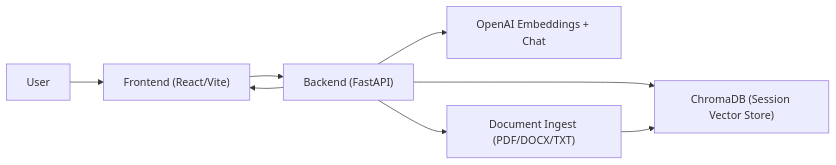
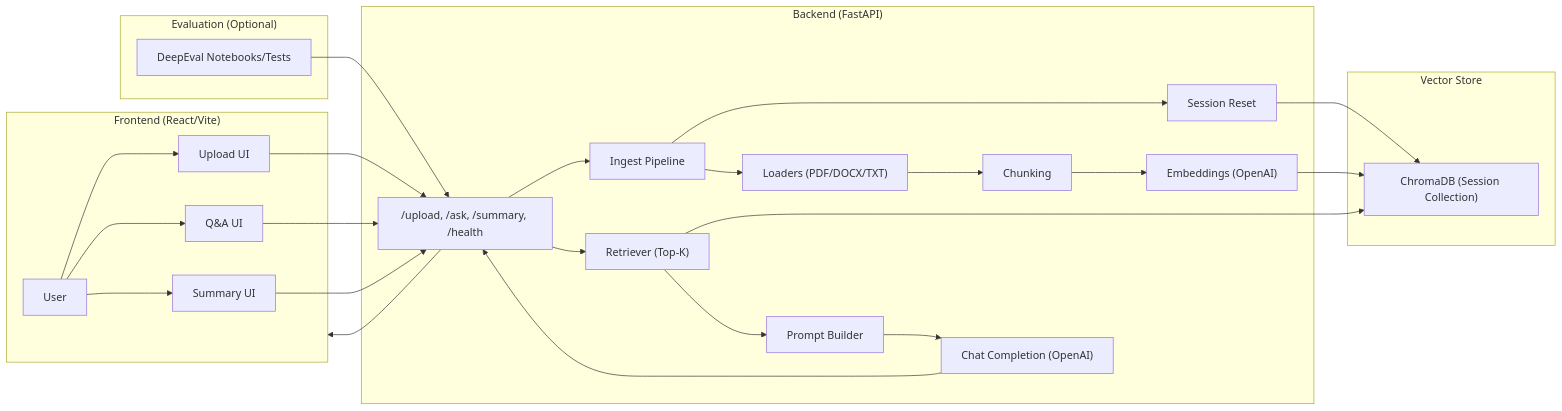
Before and after one commit to shubhanshu-rastogi/QnAChatbotwithSummarization: the diagram in README.md, drawn with Mermaid.

Commit message:
Expand architecture diagram

````diff
--- a/README.md
+++ b/README.md
@@ -64,10 +64,53 @@
 ```mermaid
 flowchart LR
-  U["User"] --> FE["Frontend (React/Vite)"]
-  FE --> BE["Backend (FastAPI)"]
-  BE --> VS["ChromaDB (Session Vector Store)"]
-  BE --> OAI["OpenAI Embeddings + Chat"]
-  BE --> DOC["Document Ingest (PDF/DOCX/TXT)"]
-  DOC --> VS
-  BE --> FE
+  subgraph FE["Frontend (React/Vite)"]
+    U["User"]
+    UP["Upload UI"]
+    QA["Q&A UI"]
+    SUM["Summary UI"]
+    U --> UP
+    U --> QA
+    U --> SUM
+  end
+
+  subgraph BE["Backend (FastAPI)"]
+    API["/upload, /ask, /summary, /health"]
+    ING["Ingest Pipeline"]
+    RESET["Session Reset"]
+    LOAD["Loaders (PDF/DOCX/TXT)"]
+    CHUNK["Chunking"]
+    EMB["Embeddings (OpenAI)"]
+    RET["Retriever (Top-K)"]
+    PROMPT["Prompt Builder"]
+    LLM["Chat Completion (OpenAI)"]
+  end
+
+  subgraph VS["Vector Store"]
+    CHROMA["ChromaDB (Session Collection)"]
+  end
+
+  subgraph EVAL["Evaluation (Optional)"]
+    DEEPEVAL["DeepEval Notebooks/Tests"]
+  end
+
+  UP --> API
+  QA --> API
+  SUM --> API
+
+  API --> ING
+  ING --> RESET
+  RESET --> CHROMA
+  ING --> LOAD
+  LOAD --> CHUNK
+  CHUNK --> EMB
+  EMB --> CHROMA
+
+  API --> RET
+  RET --> CHROMA
+  RET --> PROMPT
+  PROMPT --> LLM
+  LLM --> API
+
+  API --> FE
+  DEEPEVAL --> API
 ```
````
